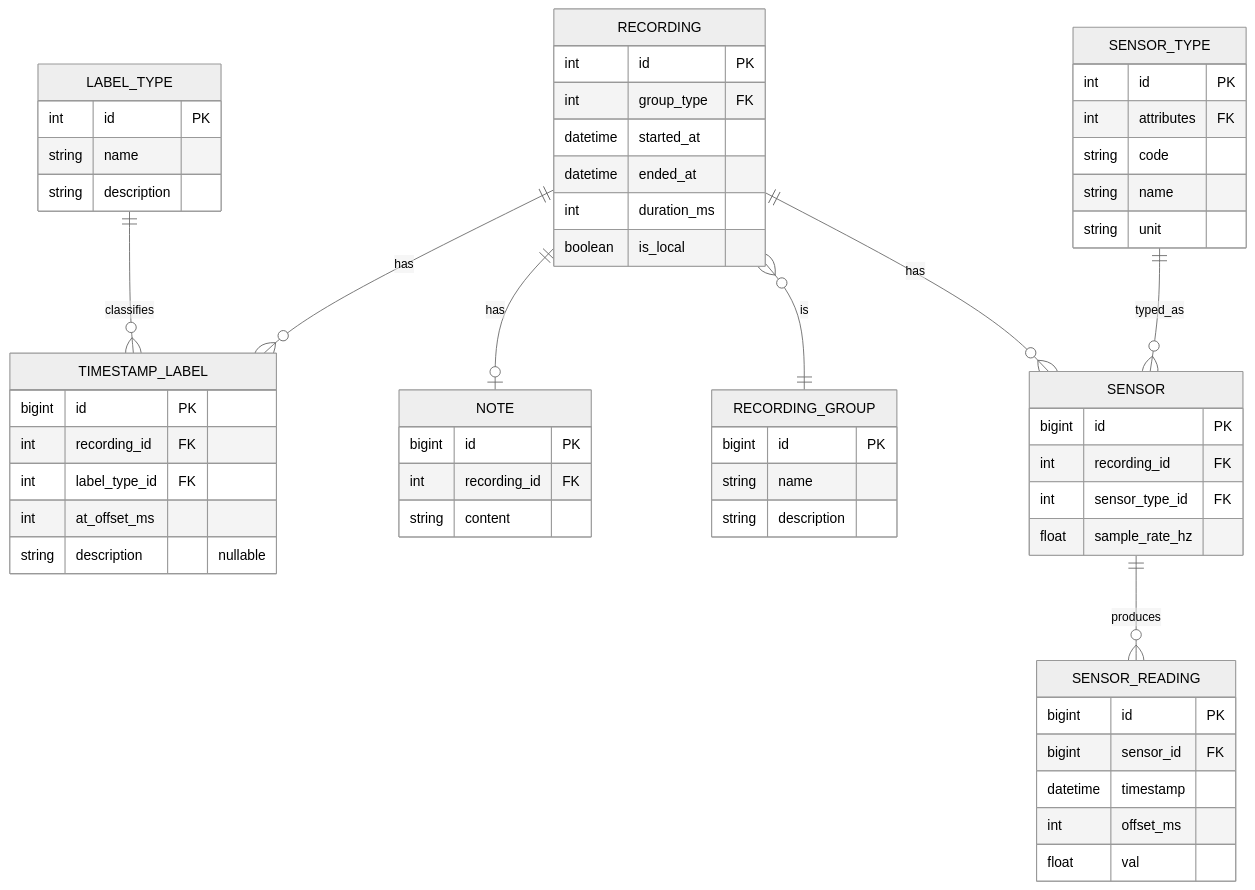
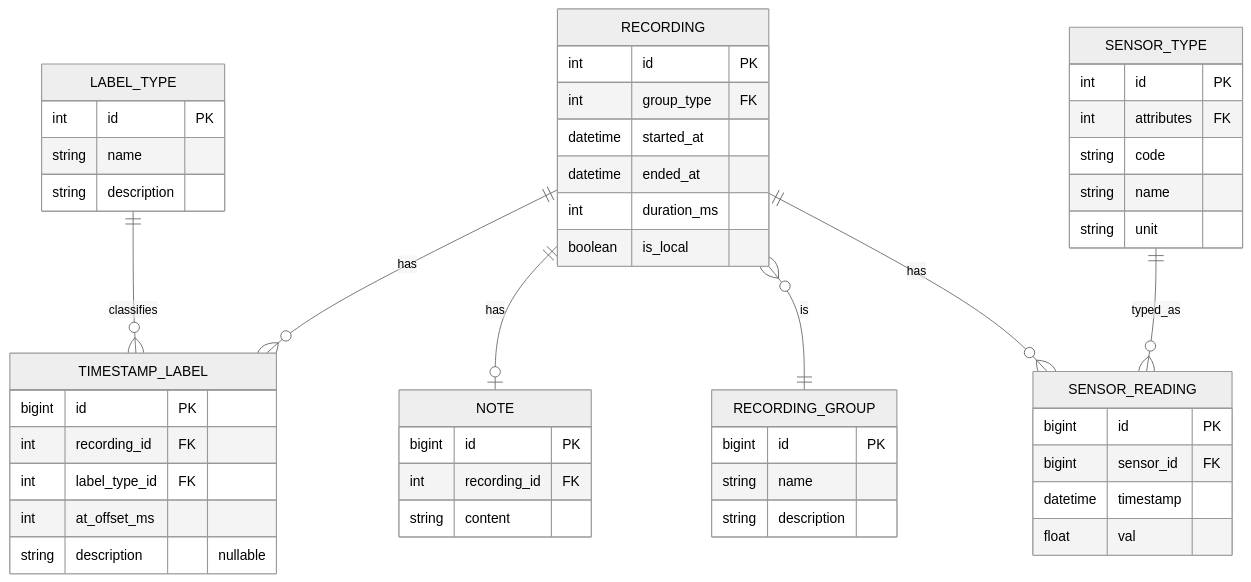
Before and after one commit to PrzemyslawBorczak1/TupTup: the diagram in labs/TupTrack/docs/db-schema.md, drawn with Mermaid (neutral theme). The commit also changed 3 other files, not shown here.

````diff
--- a/labs/TupTrack/docs/db-schema.md
+++ b/labs/TupTrack/docs/db-schema.md
@@ -4,68 +4,60 @@
 ```mermaid
 erDiagram
     RECORDING ||--o{ TIMESTAMP_LABEL : has
     RECORDING ||--o| NOTE : has
     RECORDING }o--|| RECORDING_GROUP : is
     LABEL_TYPE ||--o{ TIMESTAMP_LABEL : classifies
-    RECORDING ||--o{ SENSOR : has
-    SENSOR_TYPE ||--o{ SENSOR : typed_as
-    SENSOR ||--o{ SENSOR_READING : produces
+    RECORDING ||--o{ SENSOR_READING : has
+    SENSOR_TYPE ||--o{ SENSOR_READING : typed_as
 
     RECORDING {
         int id PK
         int group_type FK
         datetime started_at
         datetime ended_at
         int duration_ms
         boolean is_local
     }
 
-    SENSOR {
-        bigint id PK
-        int recording_id FK
-        int sensor_type_id FK
-        float sample_rate_hz
-    }
 
     SENSOR_TYPE {
         int id PK
         int attributes FK
         string code
         string name
         string unit
     }
 
     SENSOR_READING {
         bigint id PK
         bigint sensor_id FK
         datetime timestamp
-        int offset_ms
         float val
     }
 
     LABEL_TYPE {
         int id PK
         string name
         string description
     }
 
     TIMESTAMP_LABEL {
         bigint id PK
         int recording_id FK
         int label_type_id FK
         int at_offset_ms
         string description "nullable"
     }
 
     NOTE {
         bigint id PK
         int recording_id FK
         string content
     }
 
     RECORDING_GROUP{
         bigint id PK
         string name
         string description
     }
 ```
````
